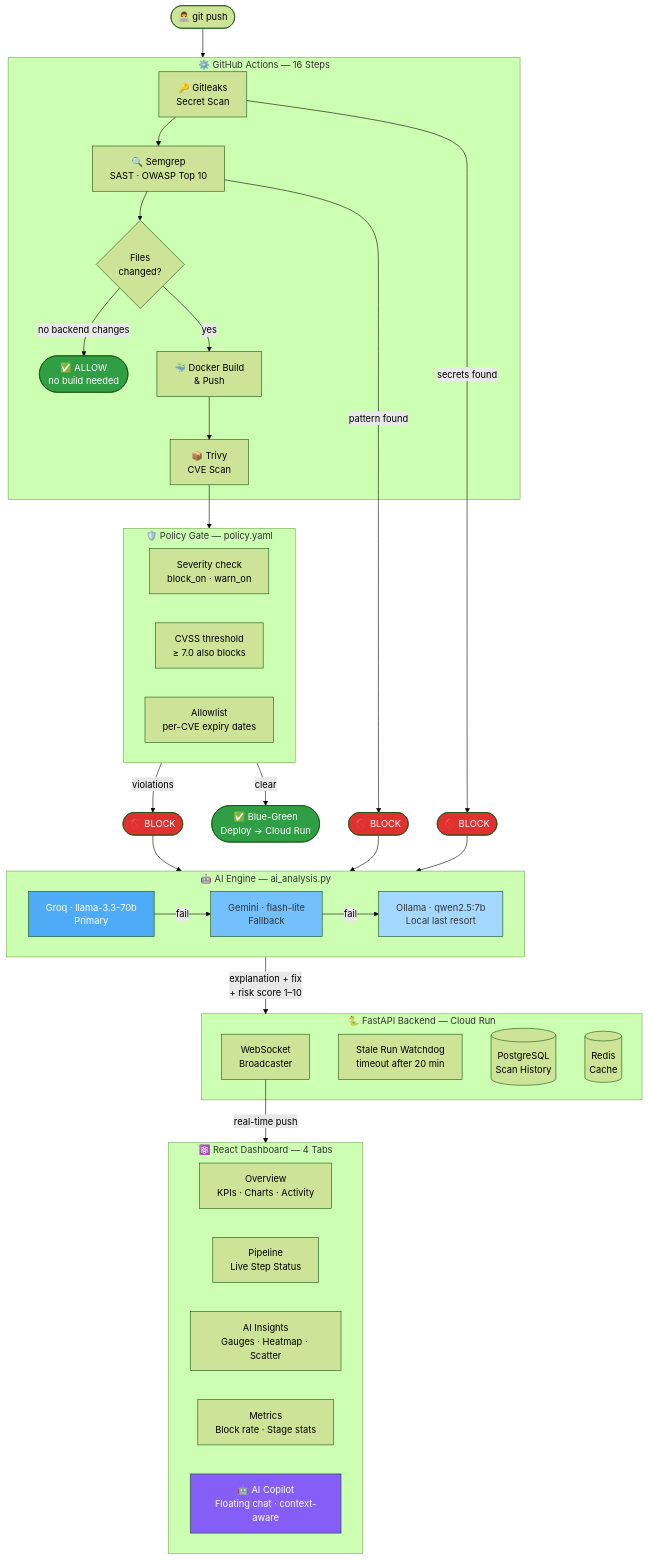
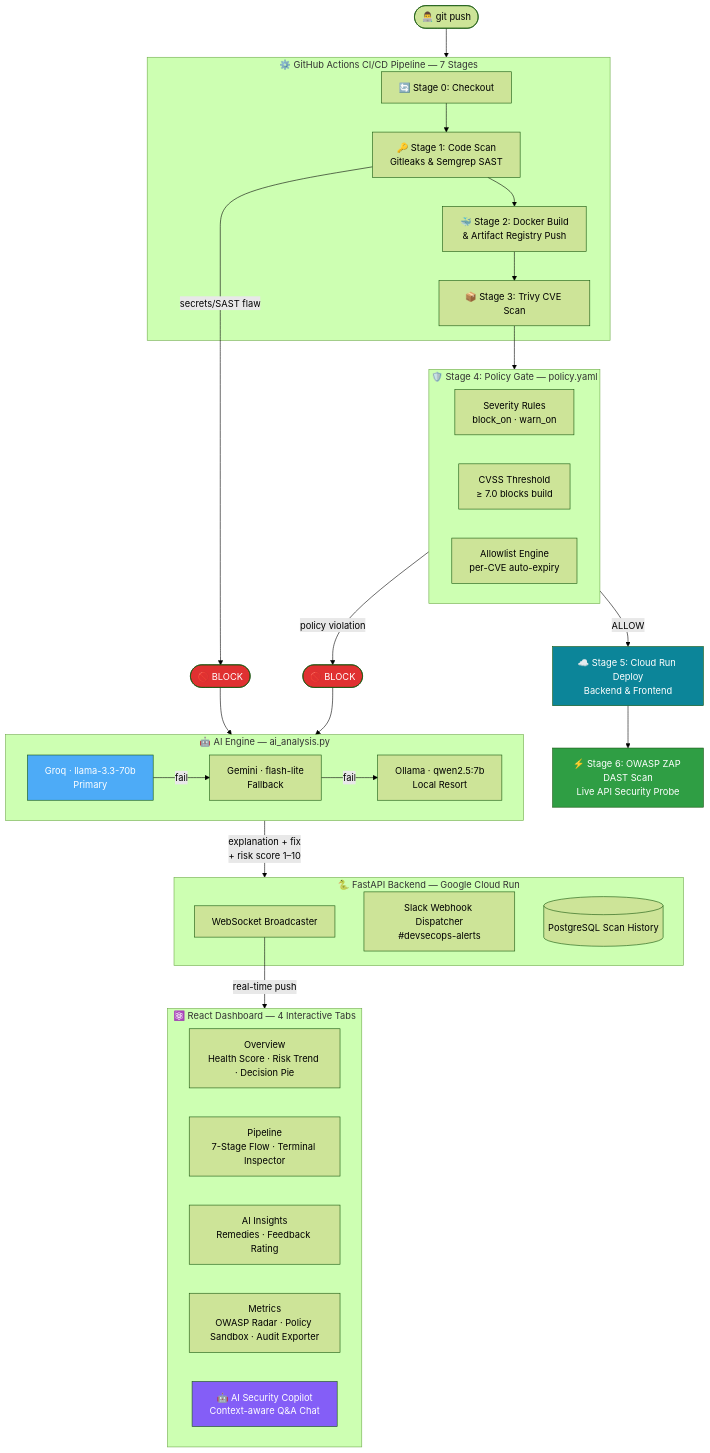
The diagram in README.md (abhienix/SecureFlow), drawn with Mermaid (forest theme) before and after one commit. The commit also changed other lines of this file, not shown here.

Commit message:
docs(readme): update README with 7-stage pipeline architecture, OWASP ZAP DAST, Policy Sandbox, and Executive Audit Exporter [deploy]

````diff
--- a/README.md
+++ b/README.md
@@ -17,66 +18,60 @@
 ```mermaid
 graph TB
     DEV([👨‍💻 git push]) --> GHA
 
-    subgraph GHA["⚙️ GitHub Actions — 16 Steps"]
-        GL[🔑 Gitleaks\nSecret Scan]
-        SG[🔍 Semgrep\nSAST · OWASP Top 10]
-        CHK{Files\nchanged?}
-        DB[🐳 Docker Build\n& Push]
-        TV[📦 Trivy\nCVE Scan]
-        GL --> SG --> CHK
-        CHK -->|no backend changes| SKIP([✅ ALLOW\nno build needed])
-        CHK -->|yes| DB --> TV
+    subgraph GHA["⚙️ GitHub Actions CI/CD Pipeline — 7 Stages"]
+        CK[🔄 Stage 0: Checkout]
+        GL[🔑 Stage 1: Code Scan\nGitleaks & Semgrep SAST]
+        DB[🐳 Stage 2: Docker Build\n& Artifact Registry Push]
+        TV[📦 Stage 3: Trivy CVE Scan]
+        CK --> GL --> DB --> TV
     end
 
     TV --> PG
 
-    subgraph PG["🛡️ Policy Gate — policy.yaml"]
-        SEV[Severity check\nblock_on · warn_on]
-        CV[CVSS threshold\n≥ 7.0 also blocks]
-        AL[Allowlist\nper-CVE expiry dates]
+    subgraph PG["🛡️ Stage 4: Policy Gate — policy.yaml"]
+        SEV[Severity Rules\nblock_on · warn_on]
+        CV[CVSS Threshold\n≥ 7.0 blocks build]
+        AL[Allowlist Engine\nper-CVE auto-expiry]
     end
 
-    GL -->|secrets found| BLK1([🚫 BLOCK])
-    SG -->|pattern found| BLK2([🚫 BLOCK])
-    PG -->|violations| BLK3([🚫 BLOCK])
-    PG -->|clear| CR([✅ Blue-Green\nDeploy → Cloud Run])
+    GL -->|secrets/SAST flaw| BLK1([🚫 BLOCK])
+    PG -->|policy violation| BLK2([🚫 BLOCK])
 
-    BLK1 & BLK2 & BLK3 --> AI
+    PG -->|ALLOW| CR[☁️ Stage 5: Cloud Run Deploy\nBackend & Frontend]
+    CR --> ZAP[⚡ Stage 6: OWASP ZAP DAST Scan\nLive API Security Probe]
+
+    BLK1 & BLK2 --> AI
 
     subgraph AI["🤖 AI Engine — ai_analysis.py"]
         GR[Groq · llama-3.3-70b\nPrimary]
         GM[Gemini · flash-lite\nFallback]
-        OL[Ollama · qwen2.5:7b\nLocal last resort]
+        OL[Ollama · qwen2.5:7b\nLocal Resort]
         GR -->|fail| GM -->|fail| OL
     end
 
     AI -->|explanation + fix\n+ risk score 1–10| BE
 
-    subgraph BE["🐍 FastAPI Backend — Cloud Run"]
-        WS[WebSocket\nBroadcaster]
-        WD[Stale Run Watchdog\ntimeout after 20 min]
-        PG2[(PostgreSQL\nScan History)]
-        RD[(Redis\nCache)]
+    subgraph BE["🐍 FastAPI Backend — Google Cloud Run"]
+        WS[WebSocket Broadcaster]
+        SLK[Slack Webhook Dispatcher\n#devsecops-alerts]
+        DB_PG[(PostgreSQL Scan History)]
     end
 
     WS -->|real-time push| DASH
 
-    subgraph DASH["⚛️ React Dashboard — 4 Tabs"]
-        OV[Overview\nKPIs · Charts · Activity]
-        PL[Pipeline\nLive Step Status]
-        INS[AI Insights\nGauges · Heatmap · Scatter]
-        MT[Metrics\nBlock rate · Stage stats]
-        COP[🤖 AI Copilot\nFloating chat · context-aware]
+    subgraph DASH["⚛️ React Dashboard — 4 Interactive Tabs"]
+        OV[Overview\nHealth Score · Risk Trend · Decision Pie]
+        PL[Pipeline\n7-Stage Flow · Terminal Inspector]
+        INS[AI Insights\nRemedies · Feedback Rating]
+        MT[Metrics\nOWASP Radar · Policy Sandbox · Audit Exporter]
+        COP[🤖 AI Security Copilot\nContext-aware Q&A Chat]
     end
 
     style BLK1 fill:#e03131,color:#fff
     style BLK2 fill:#e03131,color:#fff
-    style BLK3 fill:#e03131,color:#fff
-    style SKIP fill:#2f9e44,color:#fff
-    style CR   fill:#2f9e44,color:#fff
+    style CR   fill:#0c8599,color:#fff
+    style ZAP  fill:#2f9e44,color:#fff
     style GR   fill:#4dabf7,color:#fff
-    style GM   fill:#74c0fc,color:#333
-    style OL   fill:#a5d8ff,color:#333
     style COP  fill:#845ef7,color:#fff
 ```
````
